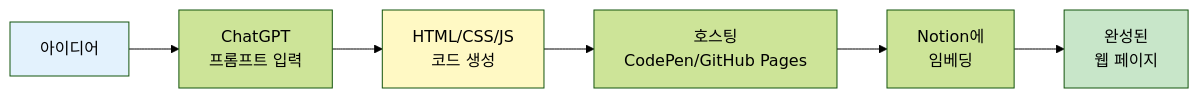
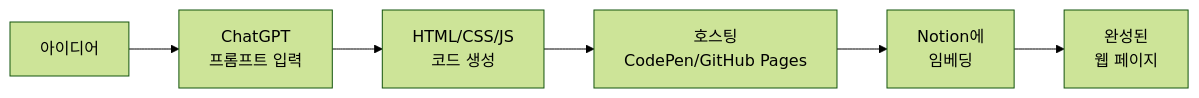
The first of 6 diagrams in _md/genai-notion/chapter09/09-4.md (nugurejeil/weniVooks), drawn with Mermaid (forest theme) before and after one commit. The commit also changed other lines of this file and 187 other files, not shown here.

````diff
--- a/_md/genai-notion/chapter09/09-4.md
+++ b/_md/genai-notion/chapter09/09-4.md
@@ -13,12 +13,8 @@
 ```mermaid
 flowchart LR
     A[아이디어] --> B[ChatGPT<br/>프롬프트 입력]
     B --> C[HTML/CSS/JS<br/>코드 생성]
     C --> D[호스팅<br/>CodePen/GitHub Pages]
     D --> E[Notion에<br/>임베딩]
     E --> F[완성된<br/>웹 페이지]
-
-    style A fill:#E3F2FD
-    style C fill:#FFF9C4
-    style F fill:#C8E6C9
 ```
````
